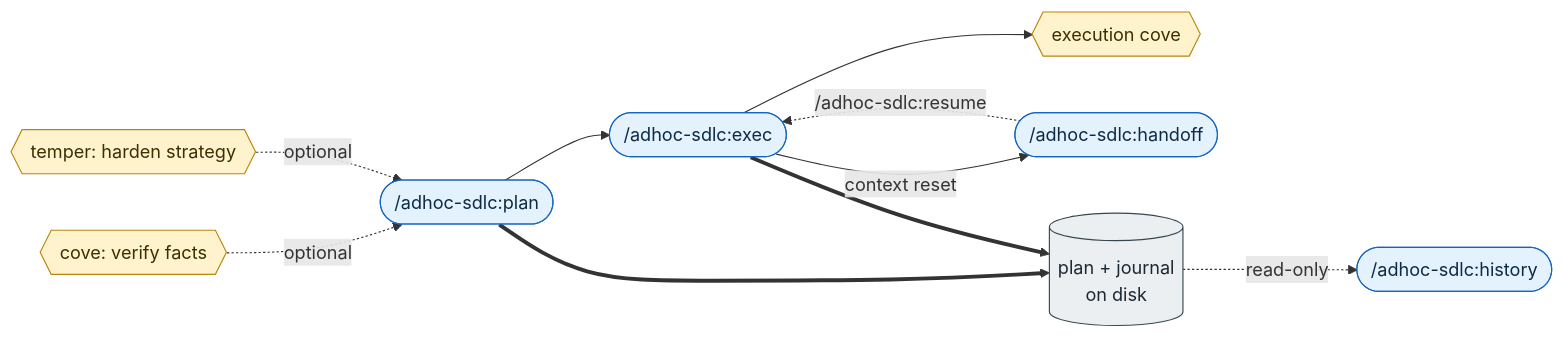
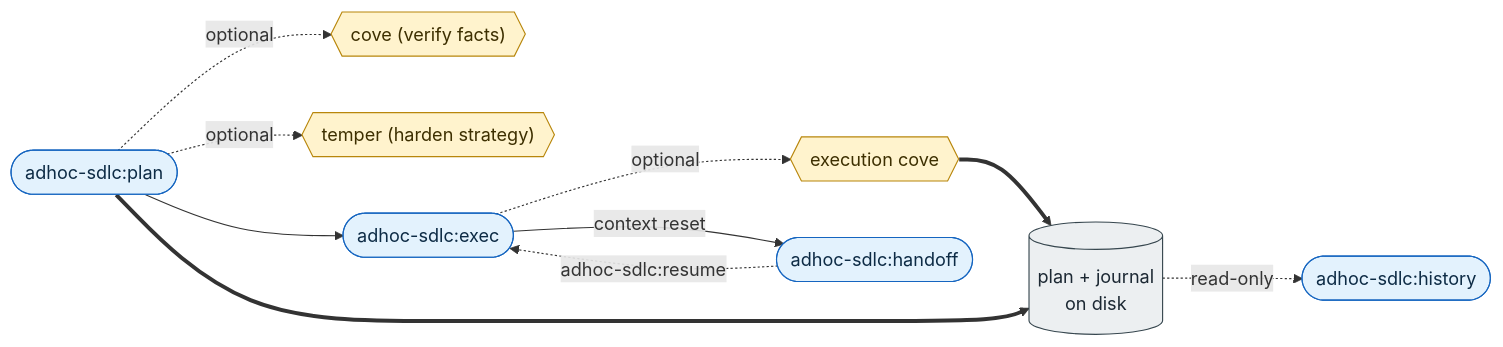
Before and after one commit to daniel-grabowski/adhoc-sdlc: the diagram in README.md, drawn with Mermaid. The commit also changed 1 other file, not shown here.

Commit message:
docs: zsynchronizuj diagram workflow w README z rzeczywistym przepływem
- etykiety bez wiodącego slasha; bramki jako „nazwa (opis)"
- cove i temper jako opcjonalne bramki po planie (nie przed)
- execution cove na ścieżce exec -> dysk (po egzekucji, przed zapisem)

````diff
--- a/README.md
+++ b/README.md
@@ -63,19 +63,19 @@
 ```mermaid
 flowchart LR
-    cove{{"cove: verify facts"}} -.->|optional| plan
-    temper{{"temper: harden strategy"}} -.->|optional| plan
-    plan(["/adhoc-sdlc:plan"]) --> exec(["/adhoc-sdlc:exec"])
-    exec --> ecove{{"execution cove"}}
-    exec -->|context reset| handoff(["/adhoc-sdlc:handoff"])
-    handoff -.->|"/adhoc-sdlc:resume"| exec
-    plan ==> disk[("plan + journal<br/>on disk")]
-    exec ==> disk
-    disk -.->|read-only| history(["/adhoc-sdlc:history"])
+    plan(["adhoc-sdlc:plan"]) -.->|optional| cove{{"cove (verify facts)"}}
+    plan -.->|optional| temper{{"temper (harden strategy)"}}
+    plan --> exec(["adhoc-sdlc:exec"])
+    exec -.->|optional| ecove{{"execution cove"}}
+    ecove ==> disk[("plan + journal<br/>on disk")]
+    exec -->|context reset| handoff(["adhoc-sdlc:handoff"])
+    handoff -.->|"adhoc-sdlc:resume"| exec
+    plan ==> disk
+    disk -.->|read-only| history(["adhoc-sdlc:history"])
 
     classDef cmd fill:#e3f2fd,stroke:#1565c0,color:#0d2b45
     classDef gate fill:#fff3cd,stroke:#b8860b,color:#3d2f00
     classDef store fill:#eceff1,stroke:#37474f,color:#1c2833
     class plan,exec,handoff,history cmd
     class cove,temper,ecove gate
     class disk store
 ```
````
